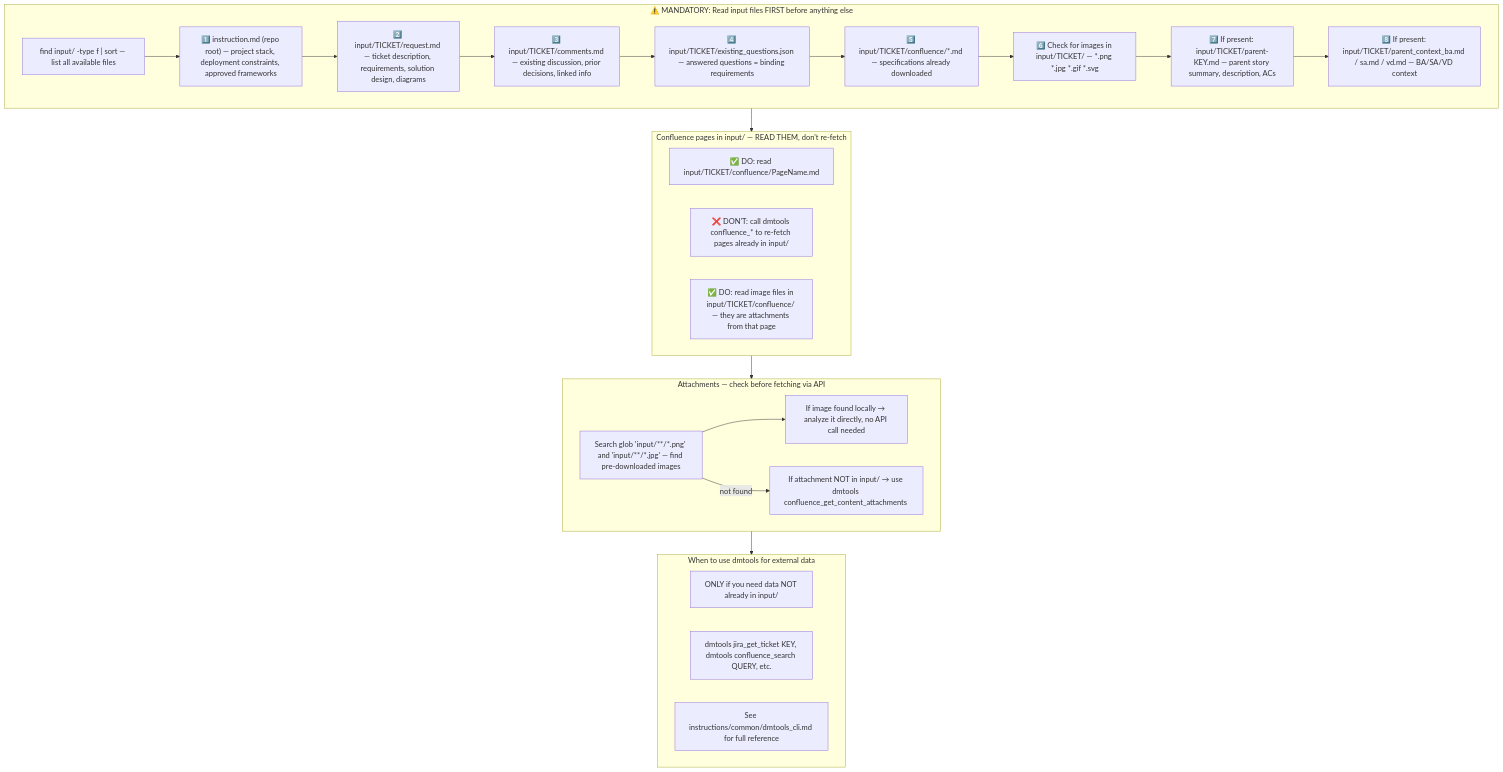
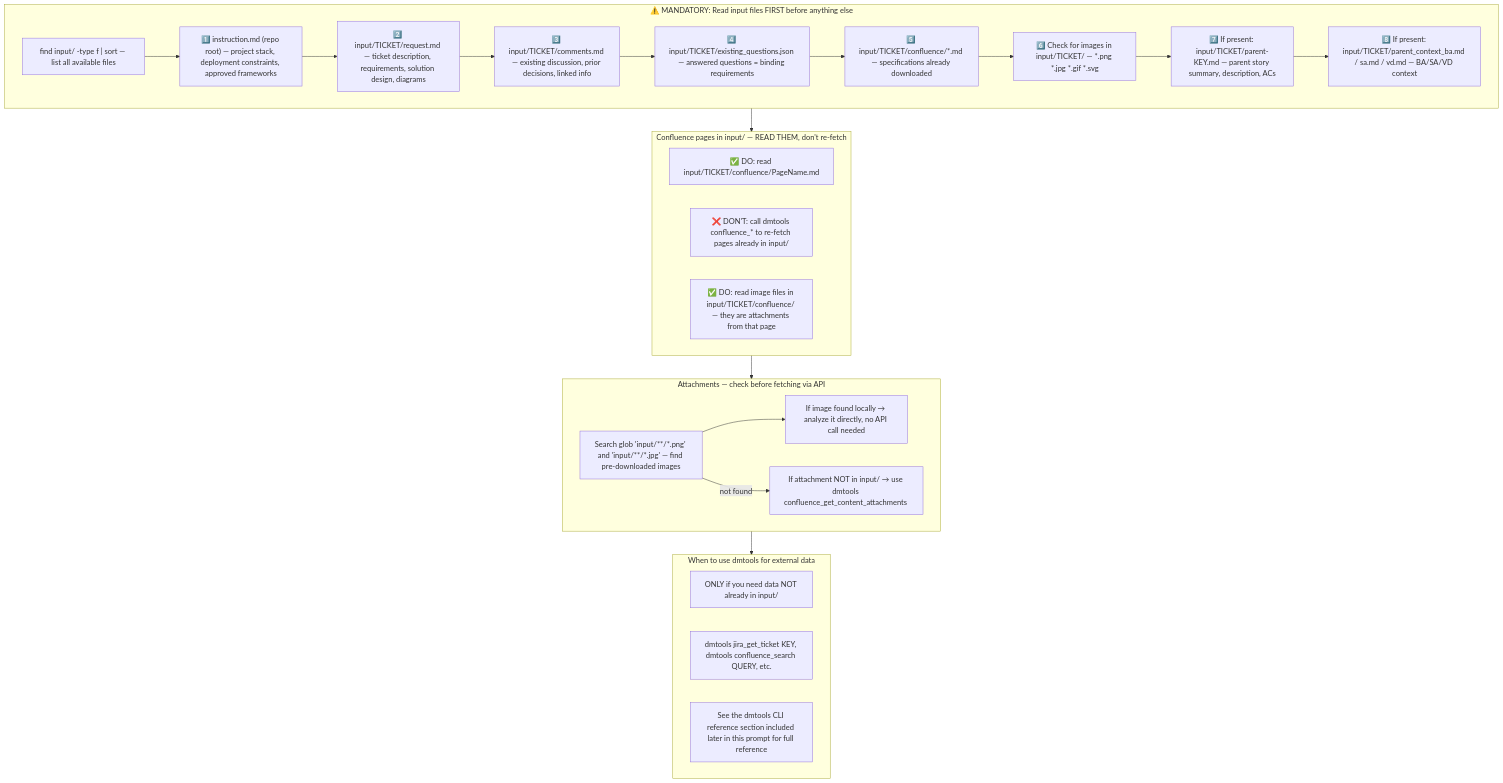
The second of 10 diagrams in snapshots/bug_fix_batch_development.md (IstiN/dmtools-agents), drawn with Mermaid before and after one commit. The commit also changed other lines of this file and 48 other files, not shown here.

````diff
--- a/snapshots/bug_fix_batch_development.md
+++ b/snapshots/bug_fix_batch_development.md
@@ -38,37 +38,37 @@
 ```mermaid
 flowchart TD
     subgraph INPUT_ORDER["⚠️ MANDATORY: Read input files FIRST before anything else"]
         I0["find input/ -type f | sort — list all available files"]
         I1["1️⃣ instruction.md (repo root) — project stack, deployment constraints, approved frameworks"]
         I2["2️⃣ input/TICKET/request.md — ticket description, requirements, solution design, diagrams"]
         I3["3️⃣ input/TICKET/comments.md — existing discussion, prior decisions, linked info"]
         I4["4️⃣ input/TICKET/existing_questions.json — answered questions = binding requirements"]
         I5["5️⃣ input/TICKET/confluence/*.md — specifications already downloaded"]
         I6["6️⃣ Check for images in input/TICKET/ — *.png *.jpg *.gif *.svg"]
         I7["7️⃣ If present: input/TICKET/parent-KEY.md — parent story summary, description, ACs"]
         I8["8️⃣ If present: input/TICKET/parent_context_ba.md / sa.md / vd.md — BA/SA/VD context"]
         I0 --> I1 --> I2 --> I3 --> I4 --> I5 --> I6 --> I7 --> I8
     end
 
     subgraph CONFLUENCE_RULE["Confluence pages in input/ — READ THEM, don't re-fetch"]
         C1["✅ DO: read input/TICKET/confluence/PageName.md"]
         C2["❌ DON'T: call dmtools confluence_* to re-fetch pages already in input/"]
         C3["✅ DO: read image files in input/TICKET/confluence/ — they are attachments from that page"]
     end
 
     subgraph ATTACH_RULE["Attachments — check before fetching via API"]
         A1["Search glob 'input/**/*.png' and 'input/**/*.jpg' — find pre-downloaded images"]
         A2["If image found locally → analyze it directly, no API call needed"]
         A3["If attachment NOT in input/ → use dmtools confluence_get_content_attachments <id>"]
         A1 --> A2
         A1 -->|not found| A3
     end
 
     subgraph DMTOOLS_RULE["When to use dmtools for external data"]
         D1["ONLY if you need data NOT already in input/"]
         D2["dmtools jira_get_ticket KEY, dmtools confluence_search QUERY, etc."]
-        D3["See instructions/common/dmtools_cli.md for full reference"]
+        D3["See the dmtools CLI reference section included later in this prompt for full reference"]
     end
 
     INPUT_ORDER --> CONFLUENCE_RULE --> ATTACH_RULE --> DMTOOLS_RULE
 ```
````
